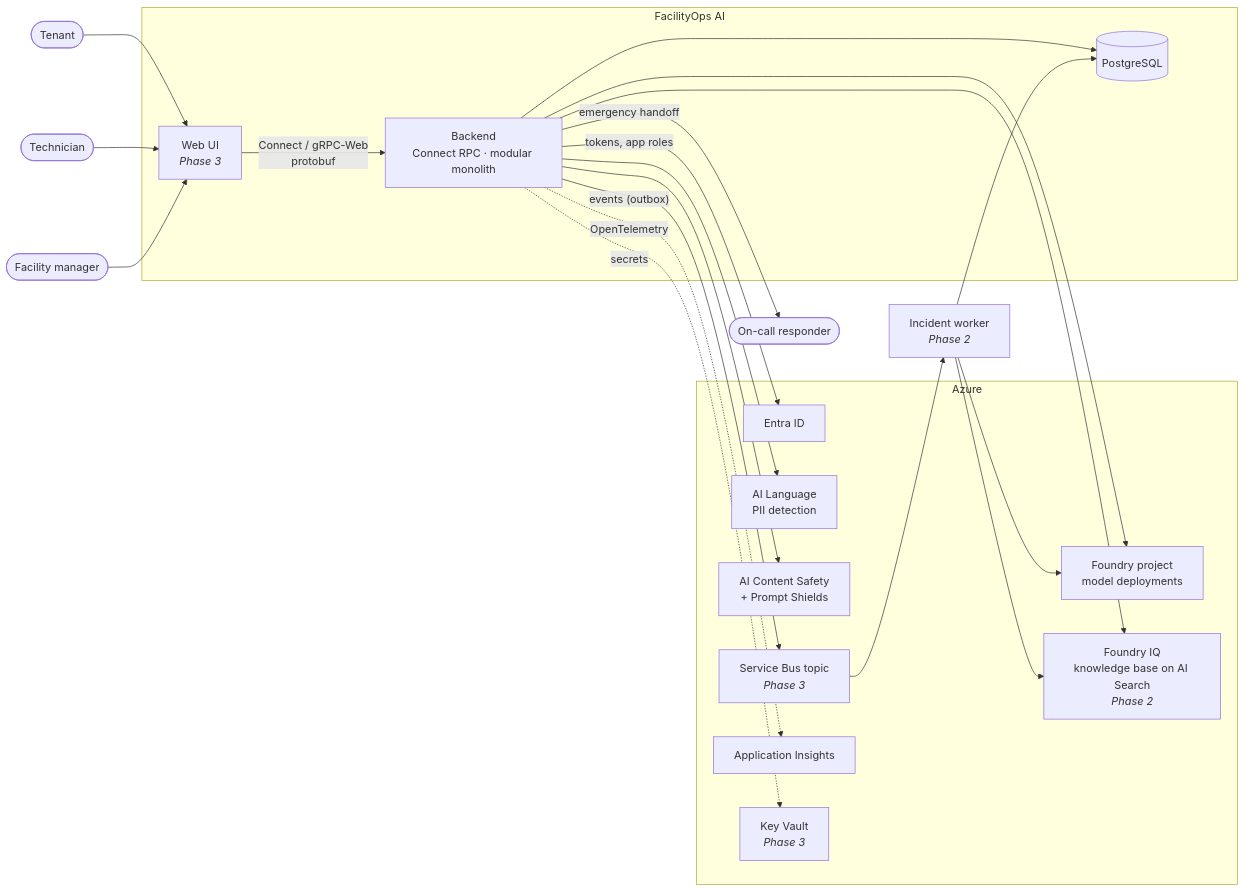
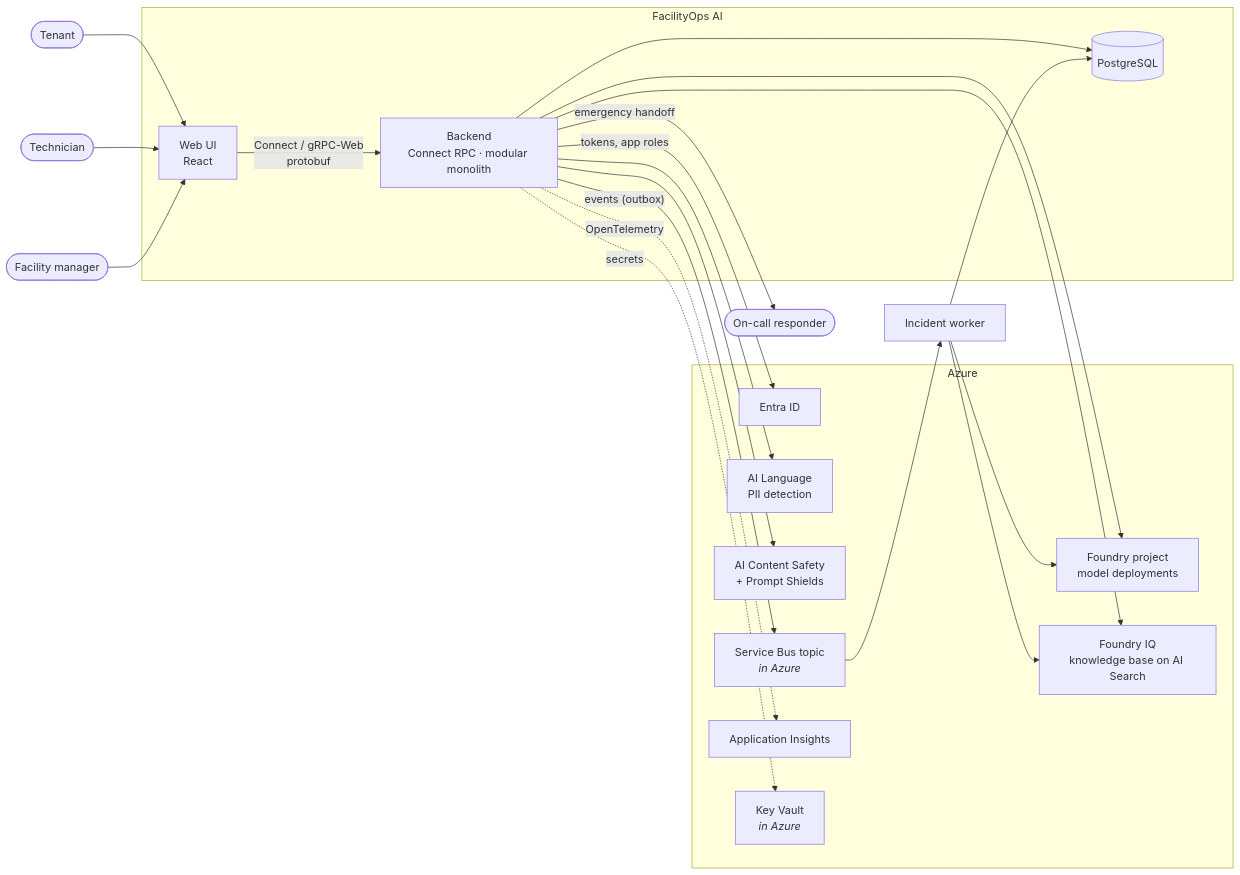
The first of 22 diagrams in docs/architecture.md (wasif1024/facilityops), drawn with Mermaid before and after one commit. The commit also changed other lines of this file and 37 other files, not shown here.

````diff
--- a/docs/architecture.md
+++ b/docs/architecture.md
@@ -23,39 +23,39 @@
 ```mermaid
 flowchart LR
     tenant(["Tenant"])
     tech(["Technician"])
     fm(["Facility manager"])
     oncall(["On-call responder"])
 
     subgraph app["FacilityOps AI"]
-        ui["Web UI<br/><i>Phase 3</i>"]
+        ui["Web UI<br/>React"]
         api["Backend<br/>Connect RPC · modular monolith"]
         db[("PostgreSQL")]
     end
 
     subgraph azure["Azure"]
         entra["Entra ID"]
         lang["AI Language<br/>PII detection"]
         cs["AI Content Safety<br/>+ Prompt Shields"]
         foundry["Foundry project<br/>model deployments"]
-        search["Foundry IQ<br/>knowledge base on AI Search<br/><i>Phase 2</i>"]
-        sb["Service Bus topic<br/><i>Phase 3</i>"]
+        search["Foundry IQ<br/>knowledge base on AI Search"]
+        sb["Service Bus topic<br/><i>in Azure</i>"]
         appi["Application Insights"]
-        kv["Key Vault<br/><i>Phase 3</i>"]
+        kv["Key Vault<br/><i>in Azure</i>"]
     end
 
-    worker["Incident worker<br/><i>Phase 2</i>"]
+    worker["Incident worker"]
 
     tenant & tech & fm --> ui
     ui -- "Connect / gRPC-Web<br/>protobuf" --> api
     api --> db
     api -- "events (outbox)" --> sb
     sb --> worker
     worker --> db
     worker --> foundry & search
     api -- "tokens, app roles" --> entra
     api --> lang & cs & foundry & search
     api -. "OpenTelemetry" .-> appi
     api -. "secrets" .-> kv
     api -- "emergency handoff" --> oncall
 ```
````
